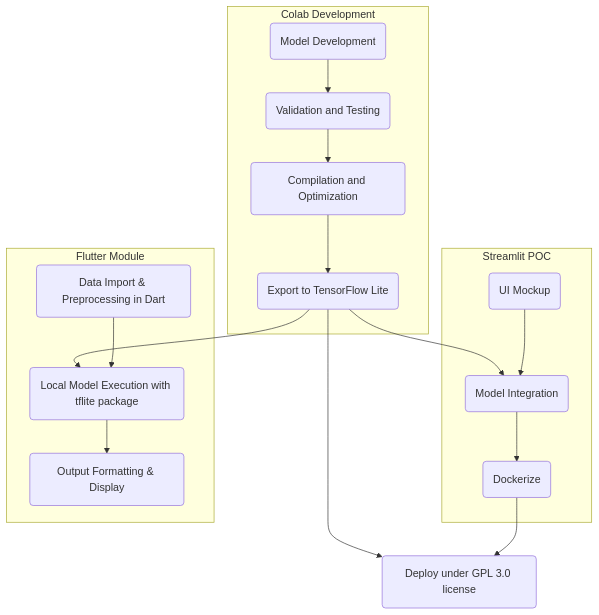
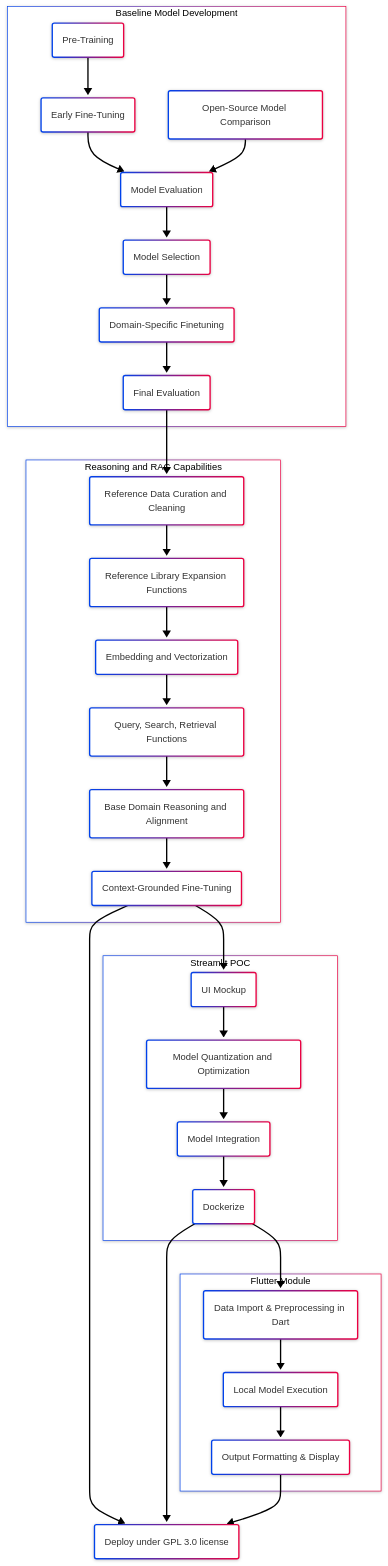
The diagram in projects.qmd (MattLScruggs/arclight-site), drawn with Mermaid before and after one commit. The commit also changed other lines of this file and 2 other files, not shown here.

Commit message:
updated project focus

````diff
--- a/projects.qmd
+++ b/projects.qmd
@@ -53,38 +51,61 @@
 ```{mermaid}
 %%| echo: false
 ---
 config:
-  theme: default
-  look: classic
+  theme: neo
+  look: neo
   layout: dagre
 ---
 flowchart TD
-    subgraph Colab Development
-        A("Model Development")
-        B("Validation and Testing")
-        C("Compilation and Optimization")
-        D("Export to TensorFlow Lite")
+    subgraph Baseline Model Development
+        Dev("Pre-Training")
+        Fine("Early Fine-Tuning")
+        Open("Open-Source Model Comparison")
+        Eval("Model Evaluation")
+        Sel("Model Selection")
+        Dom("Domain-Specific Finetuning")
+        On("Final Evaluation")
     end
-    E("Deploy under GPL 3.0 license")
+    subgraph Reasoning and RAG Capabilities
+        Data("Reference Data Curation and Cleaning")
+        Inp("Reference Library Expansion Functions")
+        Proc("Embedding and Vectorization")
+        Ret("Query, Search, Retrieval Functions")
+        Reas("Base Domain Reasoning and Alignment")
+        Cont("Context-Grounded Fine-Tuning")
+    end
+    GPL("Deploy under GPL 3.0 license")
     subgraph Streamlit POC
-        F("UI Mockup")
-        G("Model Integration")
-        H("Dockerize")
+        UI("UI Mockup")
+        Opt("Model Quantization and Optimization")
+        Int("Model Integration")
+        Dock("Dockerize")
     end
     subgraph Flutter Module
-        I("Data Import & Preprocessing in Dart")
-        J("Local Model Execution with tflite package")
-        K("Output Formatting & Display")
+        Pre("Data Import & Preprocessing in Dart")
+        Loc("Local Model Execution")
+        Out("Output Formatting & Display")
     end
-    A --> B
-    B --> C
-    C --> D
-    D --> E
-    D --> G
-    F --> G
-    G --> H
-    H --> E
-    D --> J
-    I --> J
-    J --> K
+    Dev --> Fine
+    Fine --> Eval
+    Open --> Eval
+    Eval --> Sel
+    Sel --> Dom
+    Dom --> On
+    On --> Data
+    Data --> Inp
+    Inp --> Proc
+    Proc --> Ret
+    Ret --> Reas
+    Reas --> Cont
+    Cont --> GPL
+    Cont --> UI
+    UI --> Opt
+    Opt --> Int
+    Int --> Dock
+    Dock --> GPL
+    Dock --> Pre
+    Pre --> Loc
+    Loc --> Out
+    Out --> GPL
 ```
````
